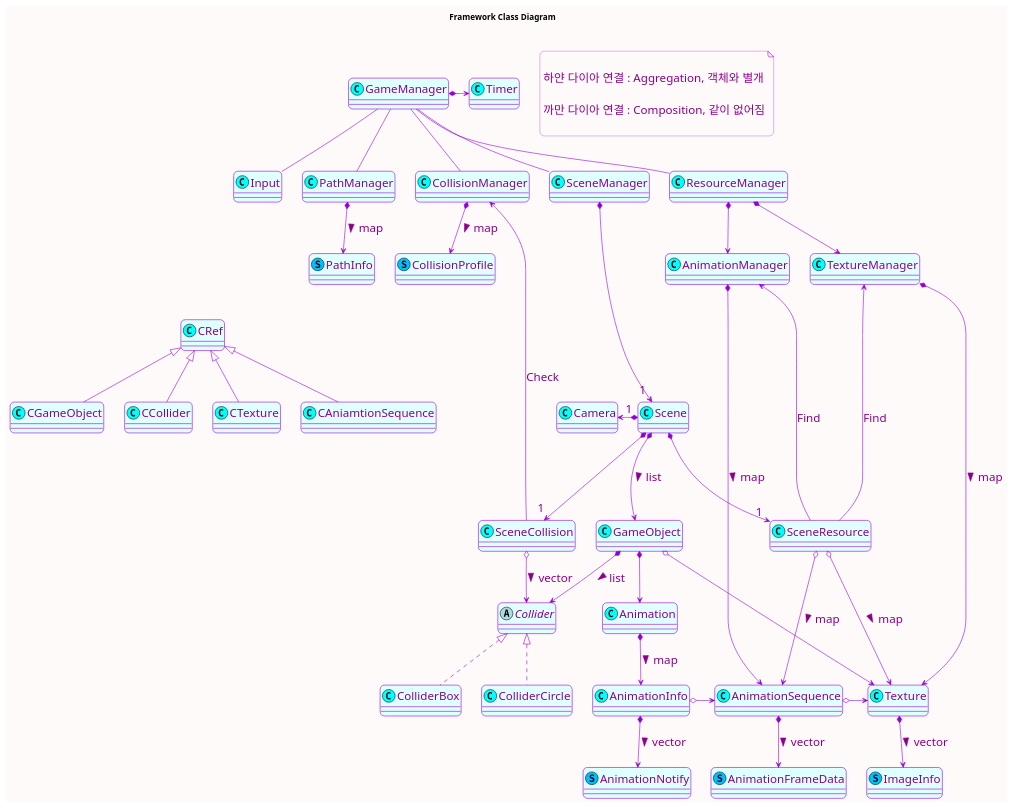
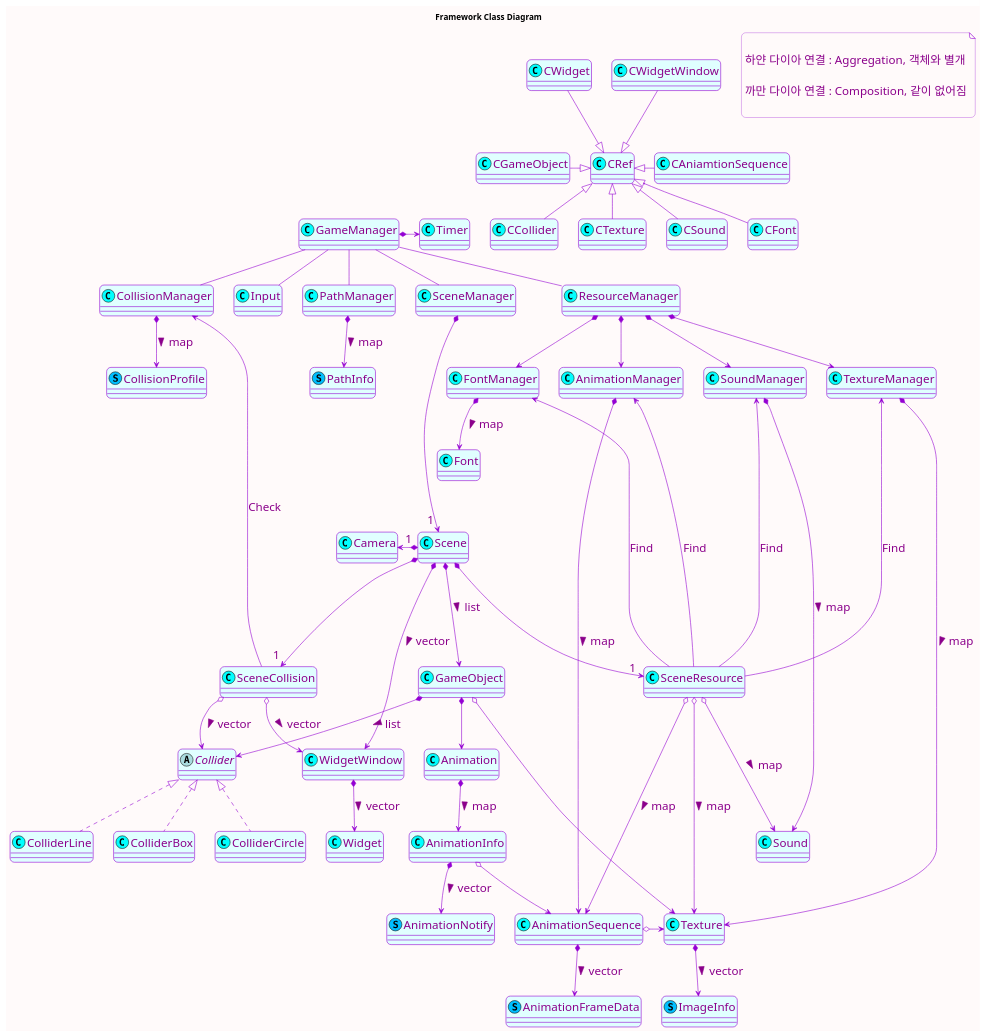
The diagram in docs/diagram/object_diagram.wsd (leekkang/StudyEngineering), drawn with PlantUML before and after one commit. The commit also changed 1 other file, not shown here.

Commit message:
update class diagram

```diff
--- a/docs/diagram/object_diagram.wsd
+++ b/docs/diagram/object_diagram.wsd
@@ -1,136 +1,164 @@
 @startuml API Framework
 title Framework Class Diagram
 
 <style>
 classDiagram {
   BackgroundColor Snow
   FontColor DarkMagenta
   FontName arial
   FontSize 20
   LineColor DarkViolet
   
   class {
     BackgroundColor LightCyan
   }
 }
 </style>
 skinparam roundCorner 15
 skinparam Shadowing false
 skinparam ClassBorderThickness 1
 skinparam CircledCharacterFontColor DarkViolet
 'skinparam CircledCharacterFontSize 15'
 'skinparam CircledCharacterRadius 10'
 
+'note right of GameManager
 note as A
 
   하얀 다이아 연결 : Aggregation, 객체와 별개
 
   까만 다이아 연결 : Composition, 같이 없어짐
 
 end note
 
 class GameManager <<(C, Aqua)>>
 class Timer <<(C, Aqua)>>
 
 class Input <<(C, Aqua)>>
 class PathManager <<(C, Aqua)>>
 class PathInfo <<(S, DeepSkyBlue)>>
 
 class CollisionManager <<(C, Aqua)>>
 class CollisionProfile <<(S, DeepSkyBlue)>>
 
 class SceneManager <<(C, Aqua)>>
 class Scene <<(C, Aqua)>>
 class GameObject <<(C, Aqua)>>
 class Camera <<(C, Aqua)>>
 class SceneCollision <<(C, Aqua)>>
 class SceneResource <<(C, Aqua)>>
+class WidgetWindow <<(C, Aqua)>>
+class Widget <<(C, Aqua)>>
 
 class ResourceManager <<(C, Aqua)>>
 class TextureManager <<(C, Aqua)>>
 class Texture <<(C, Aqua)>>
 class ImageInfo <<(S, DeepSkyBlue)>>
 
 class AnimationManager <<(C, Aqua)>>
 class AnimationSequence <<(C, Aqua)>>
 class Animation <<(C, Aqua)>>
 class AnimationInfo <<(C, Aqua)>>
 class AnimationNotify <<(S, DeepSkyBlue)>>
 class AnimationFrameData <<(S, DeepSkyBlue)>>
 
+class SoundManager <<(C, Aqua)>>
+class Sound <<(C, Aqua)>>
+
+class FontManager <<(C, Aqua)>>
+class Font <<(C, Aqua)>>
 
 abstract class Collider
 class ColliderBox <<(C, Aqua)>>
 class ColliderCircle <<(C, Aqua)>>
+class ColliderLine <<(C, Aqua)>>
 
 
 class CRef <<(C, Aqua)>>
 class CGameObject <<(C, Aqua)>>
 class CCollider <<(C, Aqua)>>
 class CTexture <<(C, Aqua)>>
 class CAniamtionSequence <<(C, Aqua)>>
+class CSound <<(C, Aqua)>>
+class CFont <<(C, Aqua)>>
+class CWidget <<(C, Aqua)>>
+class CWidgetWindow <<(C, Aqua)>>
 
-GameManager -left- hidden
-hidden ---- CRef
-CRef <|-- CGameObject
+
+
+GameManager -left- hidden1
+hidden1 -up- CRef
+CRef <|-left-  CGameObject
 CRef <|--  CCollider
 CRef <|--  CTexture
-CRef <|--  CAniamtionSequence
+CRef <|-right-  CAniamtionSequence
+CRef <|--  CSound
+CRef <|--  CFont
+CRef <|-up-  CWidgetWindow
+CRef <|-up-  CWidget
 
-GameManager -left- hidden2
-hidden2 -- Input
-hidden2 -- PathManager
 
 GameManager *-right-> Timer
 GameManager -- Input
 GameManager -- PathManager
 PathManager *--> PathInfo : map >
 
 GameManager -- ResourceManager
 ResourceManager *--> TextureManager
 ResourceManager *--> AnimationManager
+ResourceManager *--> SoundManager
+ResourceManager *--> FontManager
 TextureManager *----> Texture : map >
 AnimationManager *----> AnimationSequence : map >
+SoundManager *--> Sound : map >
+FontManager *--> Font : map >
 
-TextureManager -- hidden3
-AnimationManager -- hidden3
-hidden3 -- Scene
+TextureManager -- hidden
+AnimationManager -- hidden
+SoundManager -- hidden
+FontManager -- hidden
+hidden -- Scene
 
 GameManager -- CollisionManager
 CollisionManager *--> CollisionProfile : map >
 
 
 GameManager -- SceneManager
 SceneManager *----> " 1 " Scene
 Scene *-left-> " 1 " Camera
 Scene *---> " 1 " SceneResource
 Scene *---> " 1 " SceneCollision
 Scene *--->  GameObject : list >
+Scene *--->  WidgetWindow : vector >
+WidgetWindow *-->  Widget : vector >
 SceneCollision o-->  Collider : vector >
+SceneCollision o-->  WidgetWindow : vector >
 
 SceneResource o---> Texture : map >
 Texture *--> ImageInfo : vector >
 SceneResource o---> AnimationSequence : map >
+SceneResource o---> Sound : map >
 SceneResource -up---> TextureManager : Find
 SceneResource -up---> AnimationManager : Find
+SceneResource -up---> SoundManager : Find
+SceneResource -up---> FontManager : Find
 
 
 GameObject *-->  Collider : list >
 Collider <|..  ColliderBox
 Collider <|..  ColliderCircle
+Collider <|..  ColliderLine
 SceneCollision -up-> CollisionManager : Check
 
 GameObject o--> Texture
 GameObject *--> Animation
 Animation *--> AnimationInfo : map >
 AnimationInfo *--> AnimationNotify : vector >
-AnimationInfo o-right-> AnimationSequence
+AnimationInfo o--> AnimationSequence
 AnimationSequence o-> Texture
 AnimationSequence *--> AnimationFrameData : vector >
 
 hide hidden
-hide hidden2
-hide hidden3
+hide hidden1
 
 'stop'
 @enduml
```
